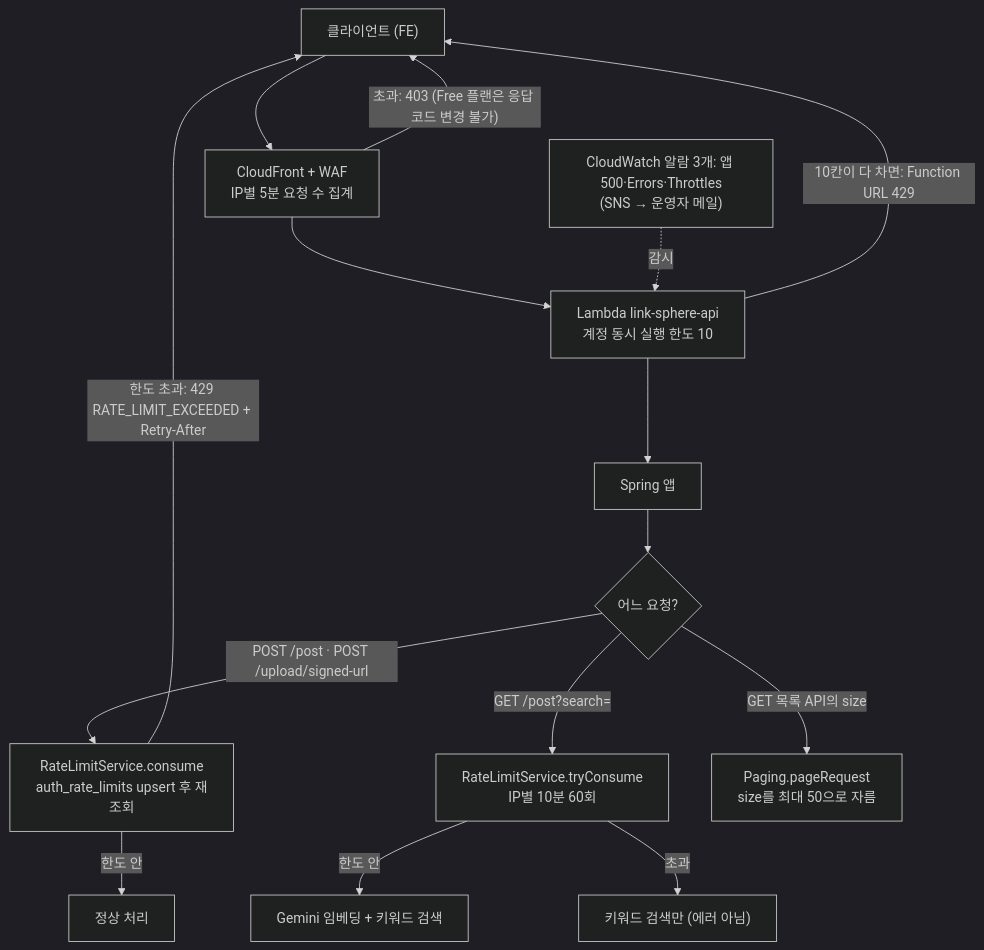
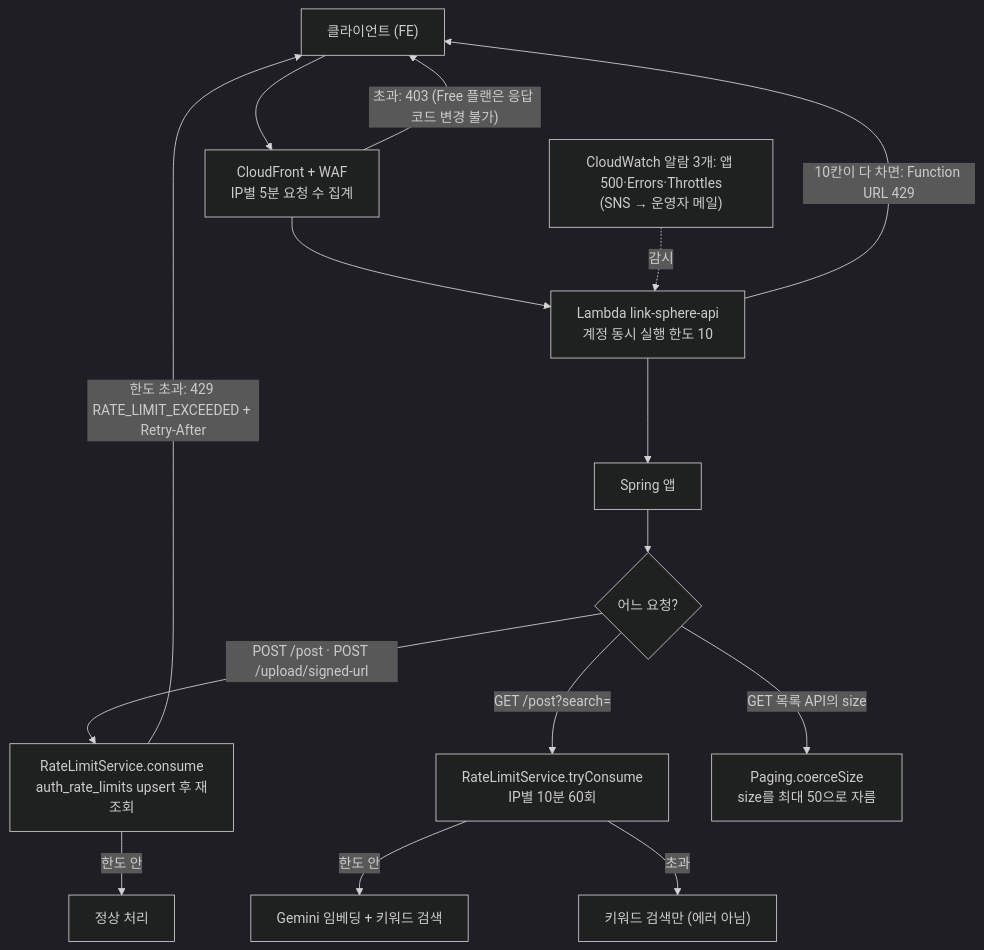
One commit to BAECHAN/link-sphere_BE_NEW changed the diagram in docs/TRAFFIC-MANAGEMENT.md. Above: the diagram before and after it, drawn with Mermaid (dark theme). The commit also changed other lines of this file and 37 other files, not shown here.

````diff
--- a/docs/TRAFFIC-MANAGEMENT.md
+++ b/docs/TRAFFIC-MANAGEMENT.md
@@ -20,17 +20,17 @@
 ```mermaid
 flowchart TD
   C["클라이언트 (FE)"] --> W
   W["CloudFront + WAF<br/>IP별 5분 요청 수 집계"] -->|"초과: 403 (Free 플랜은 응답 코드 변경 불가)"| C
   W --> L["Lambda link-sphere-api<br/>계정 동시 실행 한도 10"]
   L -->|"10칸이 다 차면: Function URL 429"| C
   L --> A["Spring 앱"]
   A --> P{"어느 요청?"}
   P -->|"POST /post · POST /upload/signed-url"| R["RateLimitService.consume<br/>auth_rate_limits upsert 후 재조회"]
   R -->|"한도 초과: 429 RATE_LIMIT_EXCEEDED + Retry-After"| C
   R -->|"한도 안"| S["정상 처리"]
   P -->|"GET /post?search="| T["RateLimitService.tryConsume<br/>IP별 10분 60회"]
   T -->|"한도 안"| G["Gemini 임베딩 + 키워드 검색"]
   T -->|"초과"| K["키워드 검색만 (에러 아님)"]
-  P -->|"GET 목록 API의 size"| Z["Paging.pageRequest<br/>size를 최대 50으로 자름"]
+  P -->|"GET 목록 API의 size"| Z["Paging.coerceSize<br/>size를 최대 50으로 자름"]
   M["CloudWatch 알람 3개: 앱 500·Errors·Throttles<br/>(SNS → 운영자 메일)"] -.감시.-> L
 ```
````
